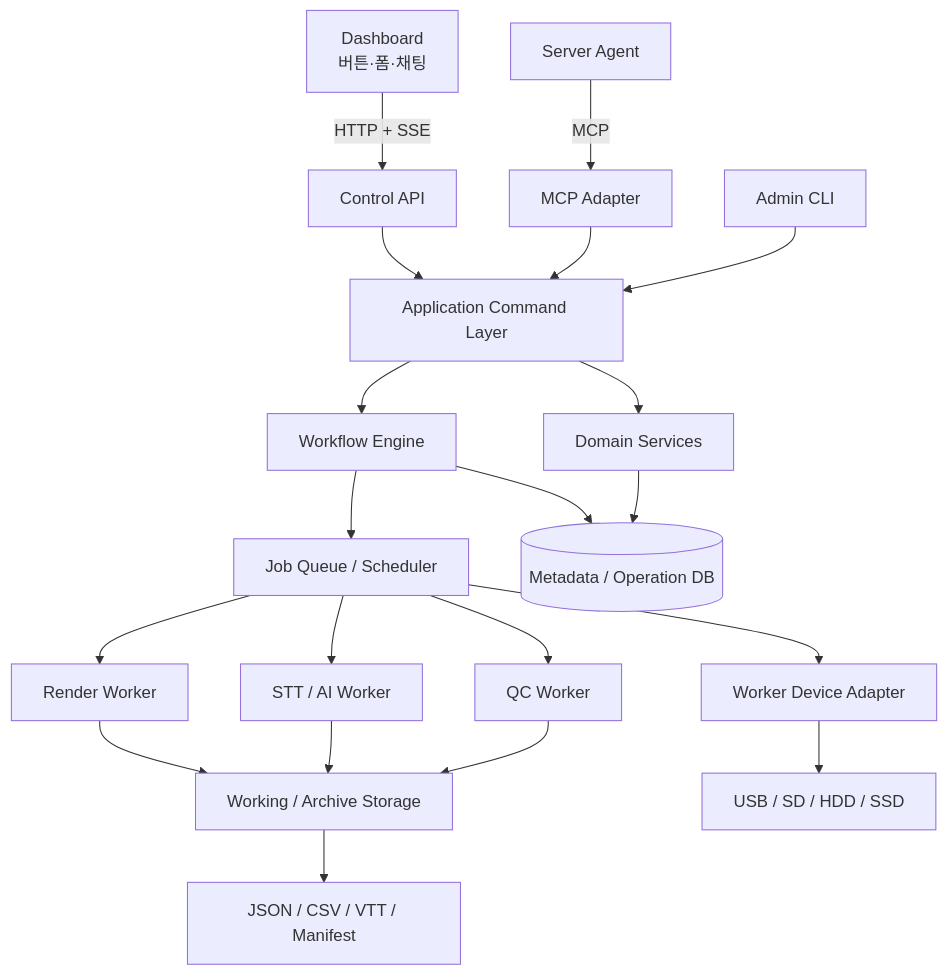
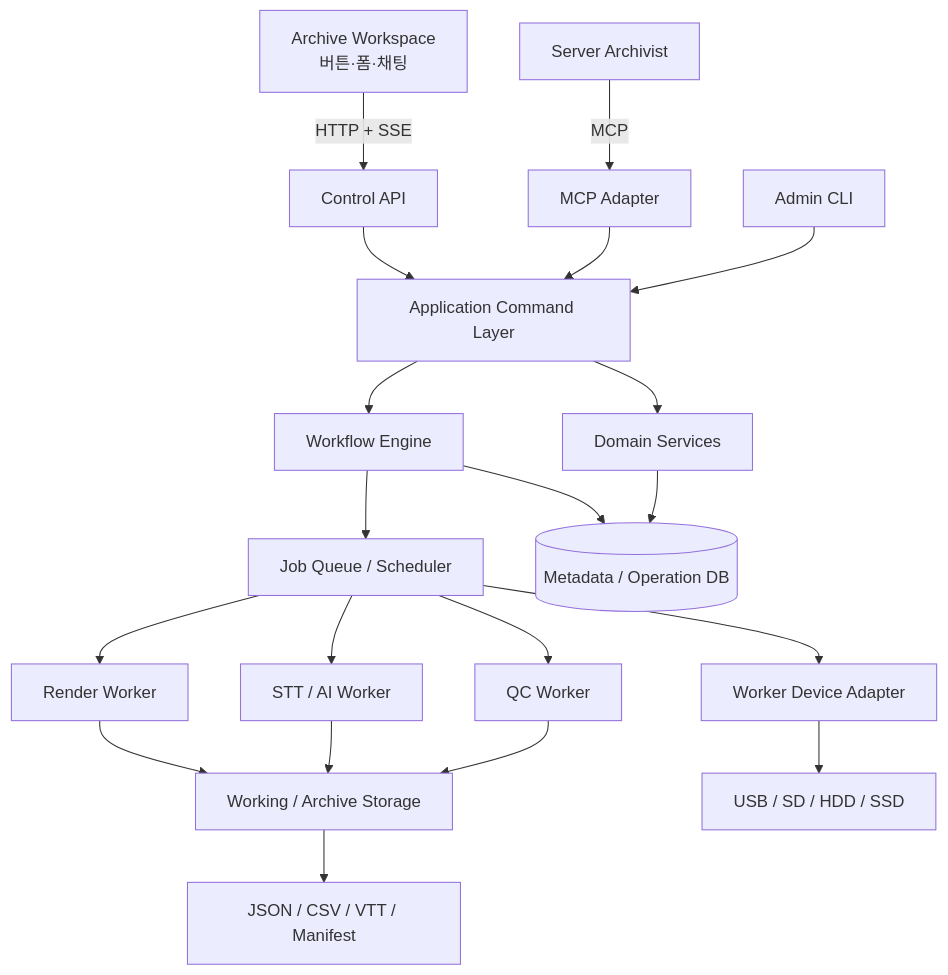
The first of 2 diagrams in idea.md (Jeon-HyeongJoon/Video-Production-Archive), drawn with Mermaid before and after one commit. The commit also changed other lines of this file and 276 other files, not shown here.

First line of the commit message:
feat: add archive intake runtime and archive workspace UI

````diff
--- a/idea.md
+++ b/idea.md
@@ -58,24 +58,24 @@
 ```mermaid
 flowchart TB
-    UI[Dashboard\n버튼·폼·채팅] -->|HTTP + SSE| API[Control API]
-    AGENT[Server Agent] -->|MCP| MCP[MCP Adapter]
+    UI[Archive Workspace\n버튼·폼·채팅] -->|HTTP + SSE| API[Control API]
+    ARCHIVIST[Server Archivist] -->|MCP| MCP[MCP Adapter]
     CLI[Admin CLI] --> CMD[Application Command Layer]
     API --> CMD
     MCP --> CMD
 
     CMD --> WF[Workflow Engine]
     CMD --> DOM[Domain Services]
     WF --> QUEUE[Job Queue / Scheduler]
     QUEUE --> RW[Render Worker]
     QUEUE --> TW[STT / AI Worker]
     QUEUE --> QW[QC Worker]
     QUEUE --> DW[Worker Device Adapter]
 
     DOM --> DB[(Metadata / Operation DB)]
     WF --> DB
     RW --> STORE[Working / Archive Storage]
     TW --> STORE
     QW --> STORE
     DW --> MEDIA[USB / SD / HDD / SSD]
     STORE --> SIDECAR[JSON / CSV / VTT / Manifest]
 ```
````
